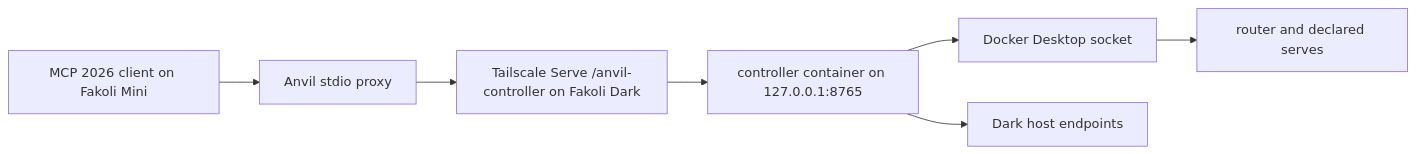
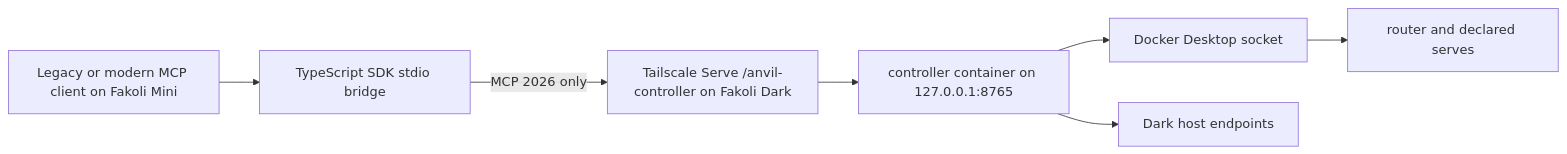
Before and after one commit to fakoli/anvil-serving: the second of 4 diagrams in docs/ARCHITECTURE.md, drawn with Mermaid. The commit also changed other lines of this file and 29 other files, not shown here.

Commit message:
feat(mcp): add dual-era TypeScript bridge

````diff
--- a/docs/ARCHITECTURE.md
+++ b/docs/ARCHITECTURE.md
@@ -61,9 +63,9 @@
 ```mermaid
 flowchart LR
-    O["MCP 2026 client on Fakoli Mini"] --> P["Anvil stdio proxy"]
-    P --> T["Tailscale Serve /anvil-controller on Fakoli Dark"]
+    O["Legacy or modern MCP client on Fakoli Mini"] --> P["TypeScript SDK stdio bridge"]
+    P -->|"MCP 2026 only"| T["Tailscale Serve /anvil-controller on Fakoli Dark"]
     T --> C["controller container on 127.0.0.1:8765"]
     C --> D["Docker Desktop socket"]
     C --> H["Dark host endpoints"]
     D --> S["router and declared serves"]
 ```
````
